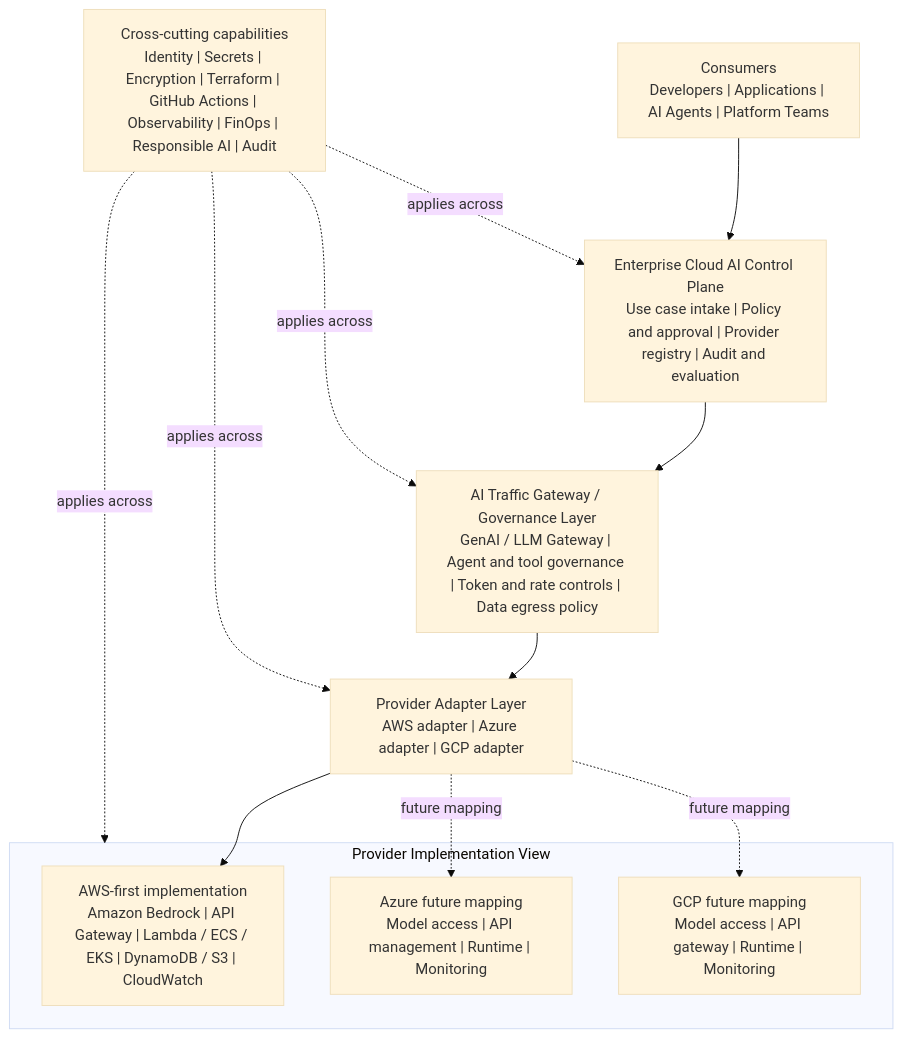
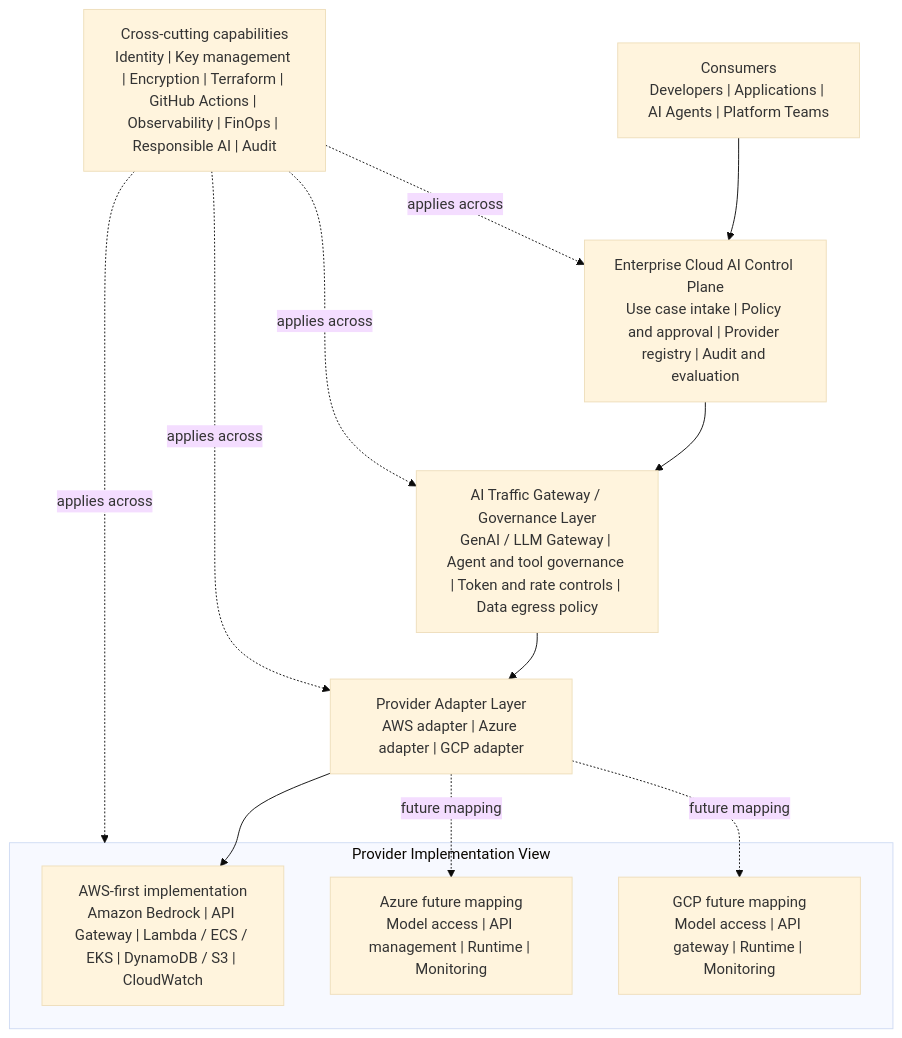
Before and after one commit to afaryy/cloudai-platform: the third of 4 diagrams in docs/architecture.md, drawn with Mermaid (base theme). The commit also changed other lines of this file, not shown here.

Commit message:
docs(p1-architecture): clarify reader-first layer overview

````diff
--- a/docs/architecture.md
+++ b/docs/architecture.md
@@ -109,30 +111,30 @@
 ```mermaid
 flowchart TB
   consumers["Consumers<br/>Developers | Applications | AI Agents | Platform Teams"]
 
   control["Enterprise Cloud AI Control Plane<br/>Use case intake | Policy and approval | Provider registry | Audit and evaluation"]
 
   governance["AI Traffic Gateway / Governance Layer<br/>GenAI / LLM Gateway | Agent and tool governance | Token and rate controls | Data egress policy"]
 
   adapters["Provider Adapter Layer<br/>AWS adapter | Azure adapter | GCP adapter"]
 
   subgraph providers["Provider Implementation View"]
     aws["AWS-first implementation<br/>Amazon Bedrock | API Gateway | Lambda / ECS / EKS | DynamoDB / S3 | CloudWatch"]
     azure["Azure future mapping<br/>Model access | API management | Runtime | Monitoring"]
     gcp["GCP future mapping<br/>Model access | API gateway | Runtime | Monitoring"]
   end
 
-  cross["Cross-cutting capabilities<br/>Identity | Secrets | Encryption | Terraform | GitHub Actions | Observability | FinOps | Responsible AI | Audit"]
+  cross["Cross-cutting capabilities<br/>Identity | Key management | Encryption | Terraform | GitHub Actions | Observability | FinOps | Responsible AI | Audit"]
 
   consumers --> control
   control --> governance
   governance --> adapters
   adapters --> aws
   adapters -. "future mapping" .-> azure
   adapters -. "future mapping" .-> gcp
 
   cross -. "applies across" .-> control
   cross -. "applies across" .-> governance
   cross -. "applies across" .-> adapters
   cross -. "applies across" .-> providers
 ```
````
